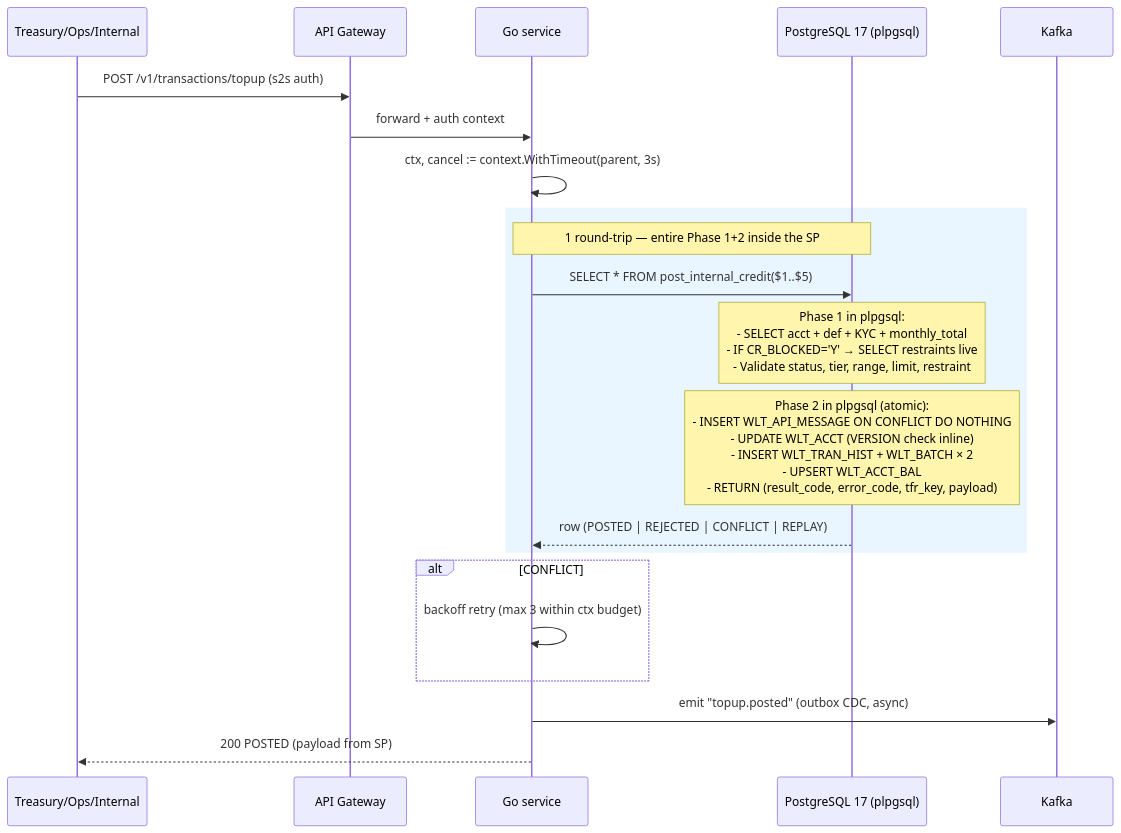
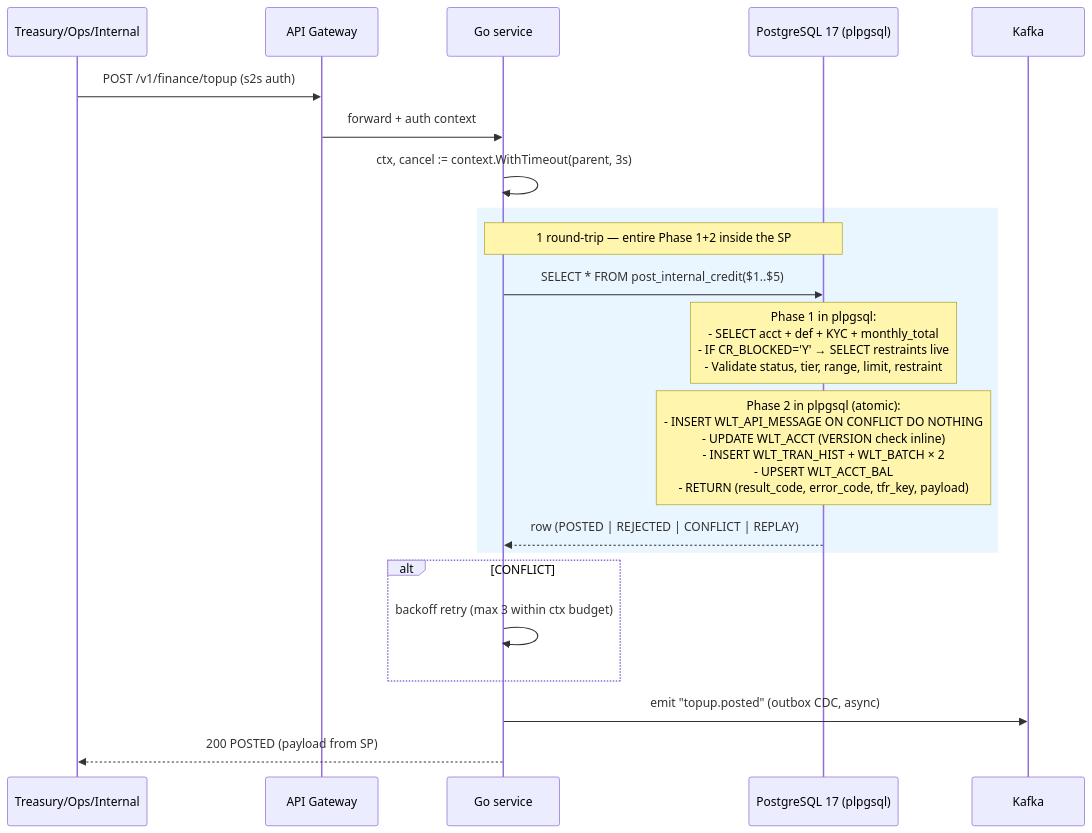
Before and after one commit to huuhoait/core-wallet: the first of 6 diagrams in docs/specs/finance_transaction.md, drawn with Mermaid. The commit also changed other lines of this file and 14 other files, not shown here.

````diff
--- a/docs/specs/finance_transaction.md
+++ b/docs/specs/finance_transaction.md
@@ -69,28 +69,28 @@
 ```mermaid
 sequenceDiagram
   participant Caller as Treasury/Ops/Internal
   participant GW as API Gateway
   participant GO as Go service
   participant DB as PostgreSQL 17 (plpgsql)
   participant K as Kafka
 
-  Caller->>GW: POST /v1/transactions/topup (s2s auth)
+  Caller->>GW: POST /v1/finance/topup (s2s auth)
   GW->>GO: forward + auth context
   
   GO->>GO: ctx, cancel := context.WithTimeout(parent, 3s)
   
   rect rgba(200,230,255,0.4)
     Note over GO,DB: 1 round-trip — entire Phase 1+2 inside the SP
     GO->>DB: SELECT * FROM post_internal_credit($1..$5)
     Note over DB: Phase 1 in plpgsql:<br/>- SELECT acct + def + KYC + monthly_total<br/>- IF CR_BLOCKED='Y' → SELECT restraints live<br/>- Validate status, tier, range, limit, restraint
     Note over DB: Phase 2 in plpgsql (atomic):<br/>- INSERT WLT_API_MESSAGE ON CONFLICT DO NOTHING<br/>- UPDATE WLT_ACCT (VERSION check inline)<br/>- INSERT WLT_TRAN_HIST + WLT_BATCH × 2<br/>- UPSERT WLT_ACCT_BAL<br/>- RETURN (result_code, error_code, tfr_key, payload)
     DB-->>GO: row (POSTED | REJECTED | CONFLICT | REPLAY)
   end
   
   alt CONFLICT
     GO->>GO: backoff retry (max 3 within ctx budget)
   end
   
   GO->>K: emit "topup.posted" (outbox CDC, async)
   GO-->>Caller: 200 POSTED (payload from SP)
 ```
````
